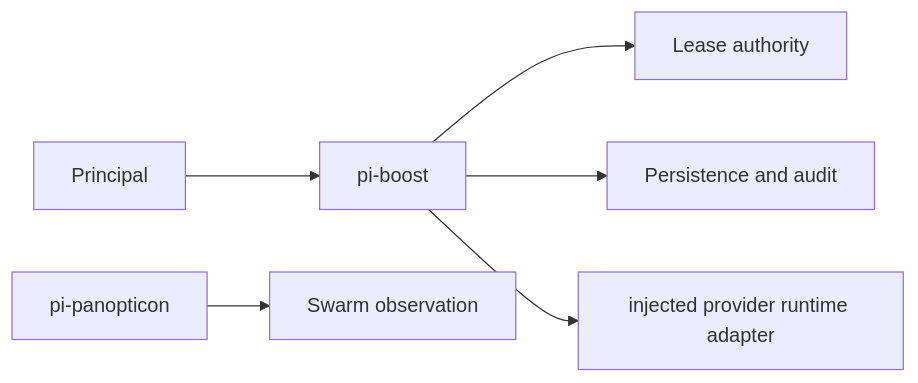
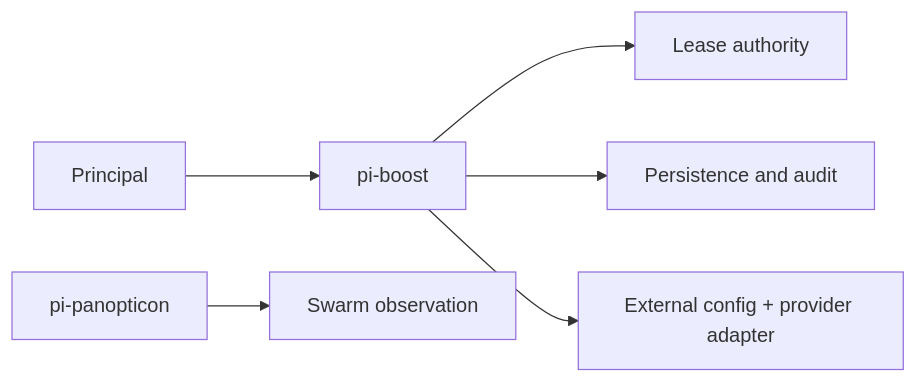
Before and after one commit to tS7hKamAYL84j91/pi-tools-and-skills: diagram 23 of 23 in docs/architecture.md, drawn with Mermaid. The commit also changed other lines of this file and 16 other files, not shown here.

Commit message:
refactor(boost): minimize external config and close TTL lifecycle

````diff
--- a/docs/architecture.md
+++ b/docs/architecture.md
@@ -792,8 +788,8 @@
 ```mermaid
 flowchart LR
   Principal --> Boost[pi-boost]
   Boost --> Authority[Lease authority]
   Boost --> Audit[Persistence and audit]
-  Boost --> Runtime[injected provider runtime adapter]
+  Boost --> Runtime[External config + provider adapter]
   Panopticon[pi-panopticon] --> Swarm[Swarm observation]
 ```
````
